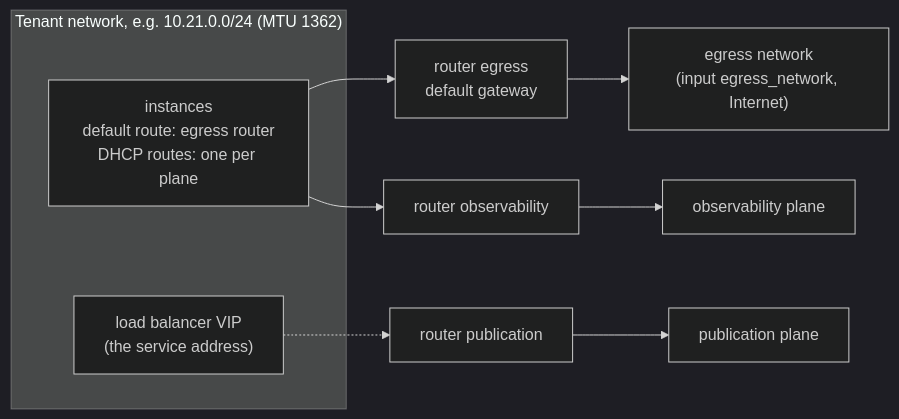
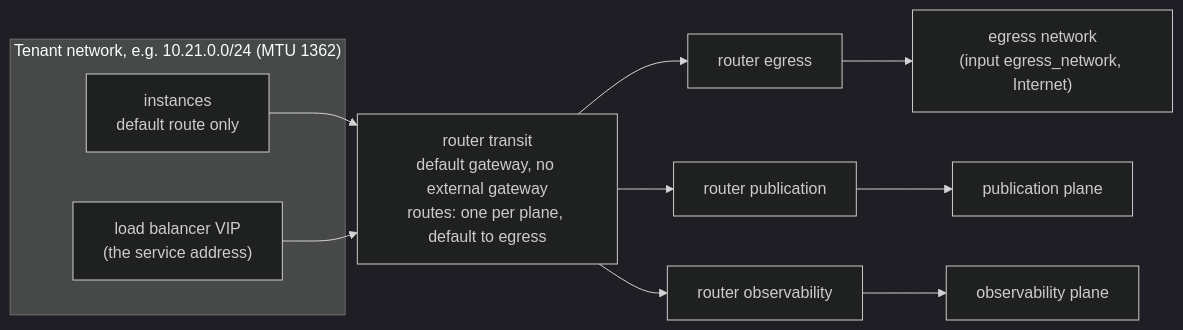
Before and after one commit to CyprisTech/openstack-multitenant-reference: the first of 9 diagrams in docs/concepts/architecture.md, drawn with Mermaid (dark theme). The commit also changed other lines of this file and 42 other files, not shown here.

First line of the commit message:
Plane routes on a transit router (ADR-0013), terraform-openstack-tenant v0.1.6

````diff
--- a/docs/concepts/architecture.md
+++ b/docs/concepts/architecture.md
@@ -39,13 +39,16 @@
 ```mermaid
 flowchart LR
     subgraph T["Tenant network, e.g. 10.21.0.0/24 (MTU 1362)"]
-        VM["instances<br/>default route: egress router<br/>DHCP routes: one per plane"]
+        VM["instances<br/>default route only"]
         LB["load balancer VIP<br/>(the service address)"]
     end
-    RE["router egress<br/>default gateway"]
+    RT["router transit<br/>default gateway, no external gateway<br/>routes: one per plane, default to egress"]
+    RE["router egress"]
     RS["router publication"]
     RM["router observability"]
-    VM --> RE --> PUB["egress network<br/>(input egress_network, Internet)"]
-    LB -.-> RS --> SVC["publication plane"]
-    VM --> RM --> MON["observability plane"]
+    VM --> RT
+    LB --> RT
+    RT --> RE --> PUB["egress network<br/>(input egress_network, Internet)"]
+    RT --> RS --> SVC["publication plane"]
+    RT --> RM --> MON["observability plane"]
 ```
````
